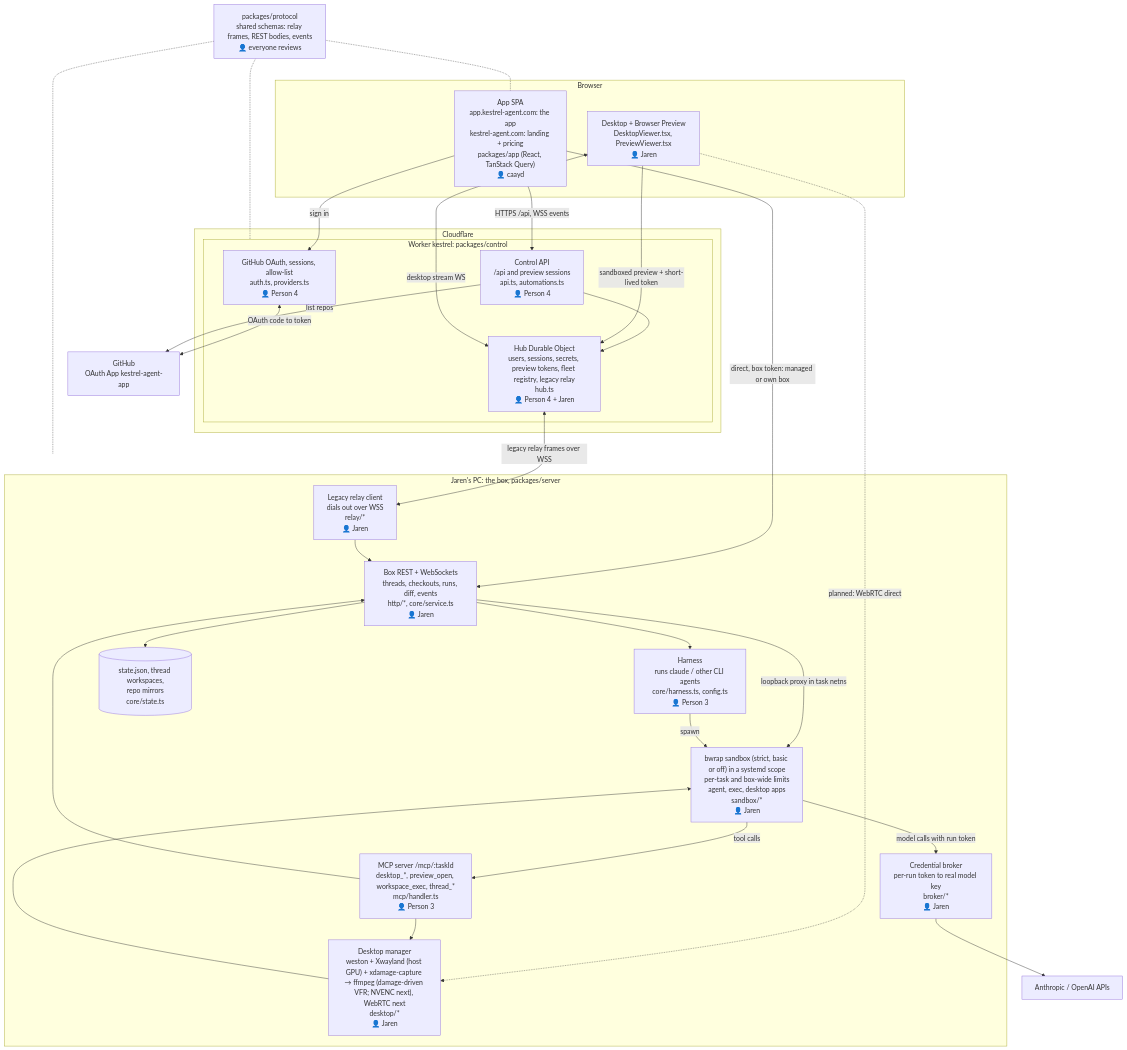
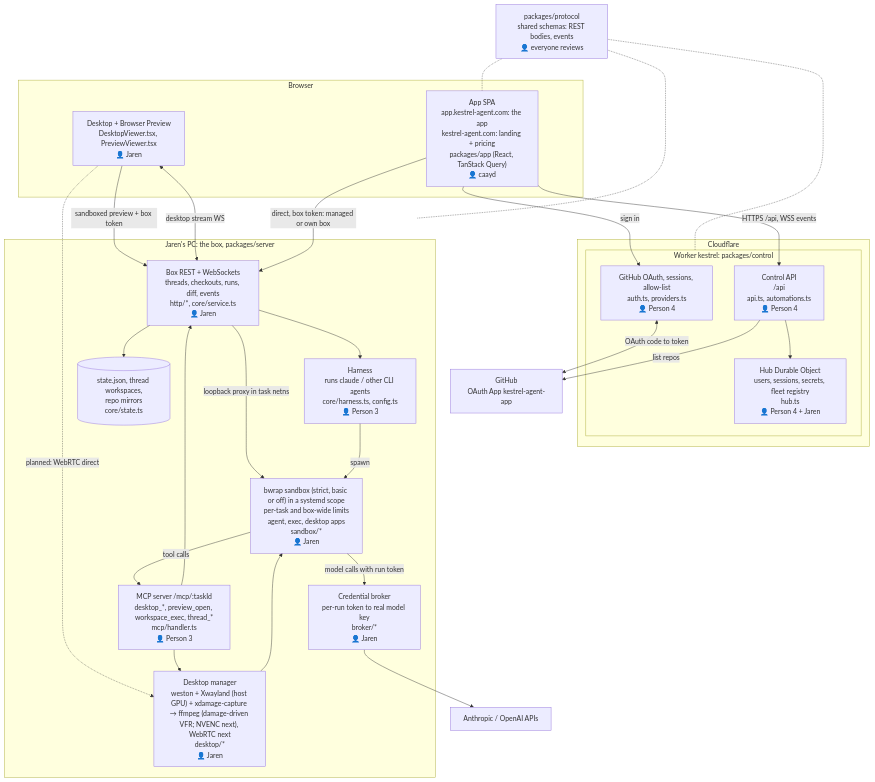
Before and after one commit to jarenm1/kestrel: the diagram in docs/architecture.md, drawn with Mermaid. The commit also changed other lines of this file and 49 other files, not shown here.

Commit message:
Remove the Durable Object relay: every box is reached directly

````diff
--- a/docs/architecture.md
+++ b/docs/architecture.md
@@ -3,57 +3,54 @@
 ```mermaid
 flowchart TB
   subgraph Browser["Browser"]
     APP["App SPA<br/>app.kestrel-agent.com: the app<br/>kestrel-agent.com: landing + pricing<br/>packages/app (React, TanStack Query)<br/>👤 caayd"]
     VIEW["Desktop + Browser Preview<br/>DesktopViewer.tsx, PreviewViewer.tsx<br/>👤 Jaren"]
   end
 
   subgraph CF["Cloudflare"]
     subgraph CTRL["Worker kestrel: packages/control"]
       AUTH["GitHub OAuth, sessions, allow-list<br/>auth.ts, providers.ts<br/>👤 Person 4"]
-      API["Control API<br/>/api and preview sessions<br/>api.ts, automations.ts<br/>👤 Person 4"]
-      HUB["Hub Durable Object<br/>users, sessions, secrets, preview tokens, fleet registry, legacy relay<br/>hub.ts<br/>👤 Person 4 + Jaren"]
+      API["Control API<br/>/api<br/>api.ts, automations.ts<br/>👤 Person 4"]
+      HUB["Hub Durable Object<br/>users, sessions, secrets, fleet registry<br/>hub.ts<br/>👤 Person 4 + Jaren"]
     end
   end
 
   GH["GitHub<br/>OAuth App kestrel-agent-app"]
 
   subgraph PC["Jaren's PC: the box, packages/server"]
-    RELAY["Legacy relay client<br/>dials out over WSS<br/>relay/*<br/>👤 Jaren"]
     REST["Box REST + WebSockets<br/>threads, checkouts, runs, diff, events<br/>http/*, core/service.ts<br/>👤 Jaren"]
     HARN["Harness<br/>runs claude / other CLI agents<br/>core/harness.ts, config.ts<br/>👤 Person 3"]
     MCP["MCP server /mcp/:taskId<br/>desktop_*, preview_open, workspace_exec, thread_*<br/>mcp/handler.ts<br/>👤 Person 3"]
     BROKER["Credential broker<br/>per-run token to real model key<br/>broker/*<br/>👤 Jaren"]
     SB["bwrap sandbox (strict, basic or off) in a systemd scope<br/>per-task and box-wide limits<br/>agent, exec, desktop apps<br/>sandbox/*<br/>👤 Jaren"]
     DESK["Desktop manager<br/>weston + Xwayland (host GPU) + xdamage-capture → ffmpeg (damage-driven VFR; NVENC next), WebRTC next<br/>desktop/*<br/>👤 Jaren"]
     STATE[("state.json, thread workspaces,<br/>repo mirrors<br/>core/state.ts")]
   end
 
   LLM["Anthropic / OpenAI APIs"]
 
   APP -->|HTTPS /api, WSS events| API
   APP -->|sign in| AUTH
   AUTH <-->|OAuth code to token| GH
   API -->|list repos| GH
   API --> HUB
-  HUB <-->|legacy relay frames over WSS| RELAY
-  VIEW -->|sandboxed preview + short-lived token| HUB
-  VIEW <-->|desktop stream WS| HUB
+  VIEW -->|sandboxed preview + box token| REST
+  VIEW <-->|desktop stream WS| REST
   APP -->|direct, box token: managed or own box| REST
   VIEW -.->|planned: WebRTC direct| DESK
-  RELAY --> REST
   REST -->|loopback proxy in task netns| SB
   REST --> HARN
   REST --> STATE
   HARN -->|spawn| SB
   SB -->|tool calls| MCP
   SB -->|model calls with run token| BROKER
   BROKER --> LLM
   MCP --> DESK
   MCP --> REST
   DESK --> SB
 
-  PROTO["packages/protocol<br/>shared schemas: relay frames, REST bodies, events<br/>👤 everyone reviews"]
+  PROTO["packages/protocol<br/>shared schemas: REST bodies, events<br/>👤 everyone reviews"]
   PROTO -.- APP
   PROTO -.- CTRL
   PROTO -.- PC
 ```
````
